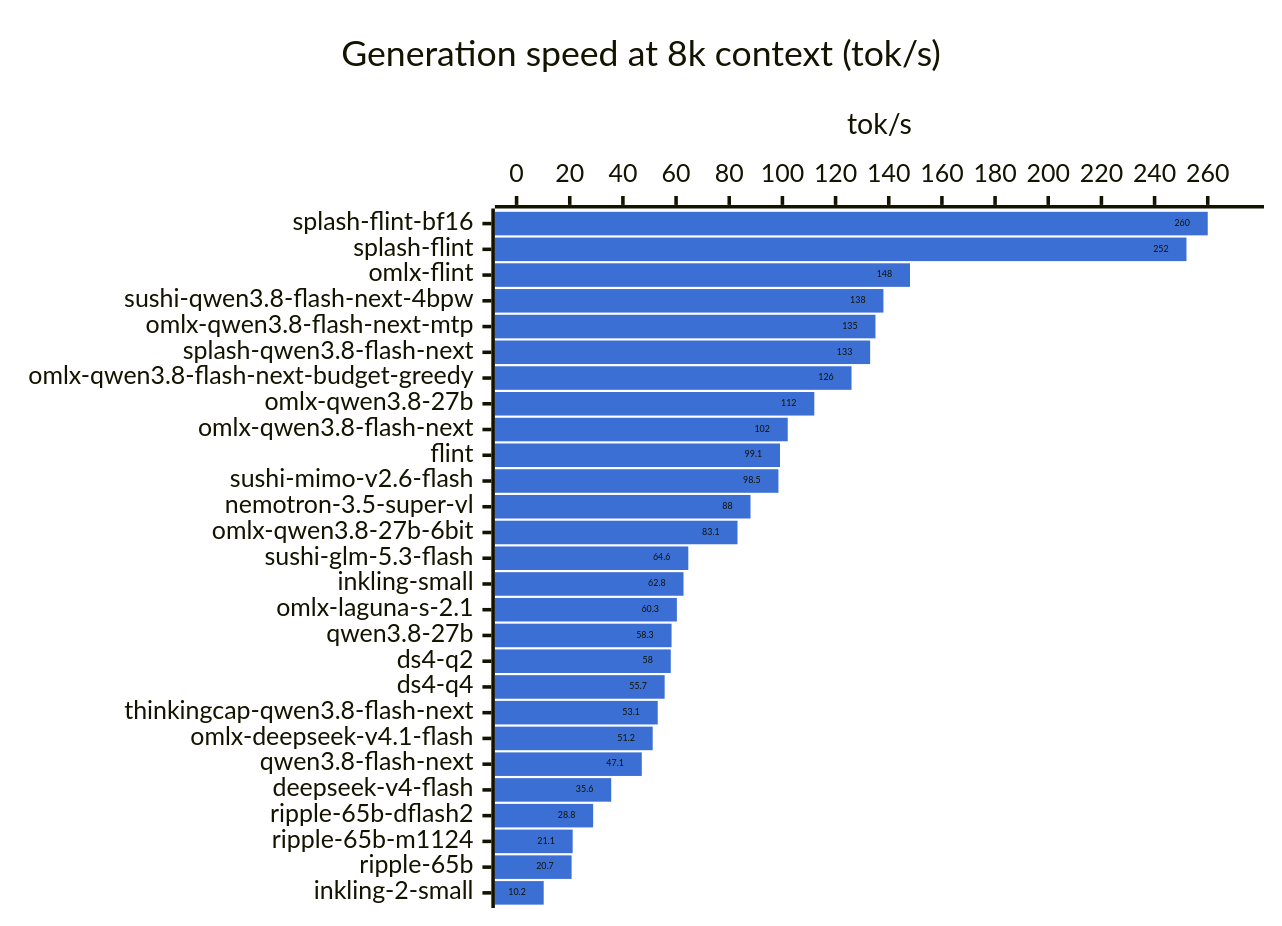
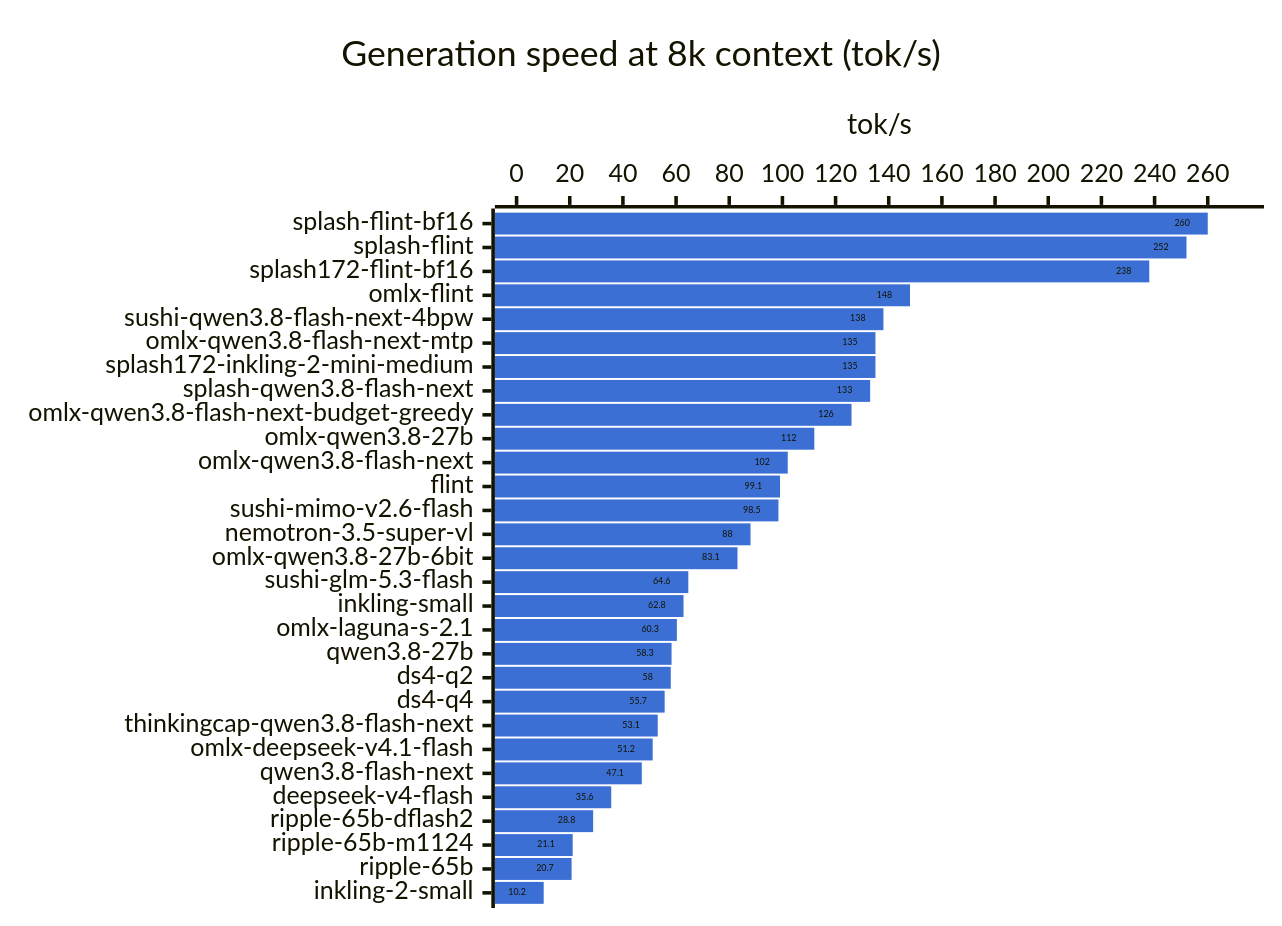
The second of 2 diagrams in RESULTS-mac.md (hofftodd/ai-bench), drawn with Mermaid before and after one commit. The commit also changed other lines of this file and 17 other files, not shown here.

First line of the commit message:
Inkling 2 Mini on Strata and Splash 1.7.2, Strata 0.1.67 recheck

````diff
--- a/RESULTS-mac.md
+++ b/RESULTS-mac.md
@@ -84,8 +86,8 @@
 ```mermaid
 %%{init: {"xyChart": {"showDataLabel": true}, "themeVariables": {"xyChart": {"plotColorPalette": "#3b6fd4"}}}}%%
 xychart-beta horizontal
     title "Generation speed at 8k context (tok/s)"
-    x-axis ["splash-flint-bf16", "splash-flint", "omlx-flint", "sushi-qwen3.8-flash-next-4bpw", "omlx-qwen3.8-flash-next-mtp", "splash-qwen3.8-flash-next", "omlx-qwen3.8-flash-next-budget-greedy", "omlx-qwen3.8-27b", "omlx-qwen3.8-flash-next", "flint", "sushi-mimo-v2.6-flash", "nemotron-3.5-super-vl", "omlx-qwen3.8-27b-6bit", "sushi-glm-5.3-flash", "inkling-small", "omlx-laguna-s-2.1", "qwen3.8-27b", "ds4-q2", "ds4-q4", "thinkingcap-qwen3.8-flash-next", "omlx-deepseek-v4.1-flash", "qwen3.8-flash-next", "deepseek-v4-flash", "ripple-65b-dflash2", "ripple-65b-m1124", "ripple-65b", "inkling-2-small"]
+    x-axis ["splash-flint-bf16", "splash-flint", "splash172-flint-bf16", "omlx-flint", "sushi-qwen3.8-flash-next-4bpw", "omlx-qwen3.8-flash-next-mtp", "splash172-inkling-2-mini-medium", "splash-qwen3.8-flash-next", "omlx-qwen3.8-flash-next-budget-greedy", "omlx-qwen3.8-27b", "omlx-qwen3.8-flash-next", "flint", "sushi-mimo-v2.6-flash", "nemotron-3.5-super-vl", "omlx-qwen3.8-27b-6bit", "sushi-glm-5.3-flash", "inkling-small", "omlx-laguna-s-2.1", "qwen3.8-27b", "ds4-q2", "ds4-q4", "thinkingcap-qwen3.8-flash-next", "omlx-deepseek-v4.1-flash", "qwen3.8-flash-next", "deepseek-v4-flash", "ripple-65b-dflash2", "ripple-65b-m1124", "ripple-65b", "inkling-2-small"]
     y-axis "tok/s" 0 --> 273
-    bar [260.0, 252.0, 148.0, 138.0, 135.0, 133.0, 126.0, 112.0, 102.0, 99.1, 98.5, 88.0, 83.1, 64.6, 62.8, 60.3, 58.3, 58.0, 55.7, 53.1, 51.2, 47.1, 35.6, 28.8, 21.1, 20.7, 10.2]
+    bar [260.0, 252.0, 238.0, 148.0, 138.0, 135.0, 135.0, 133.0, 126.0, 112.0, 102.0, 99.1, 98.5, 88.0, 83.1, 64.6, 62.8, 60.3, 58.3, 58.0, 55.7, 53.1, 51.2, 47.1, 35.6, 28.8, 21.1, 20.7, 10.2]
 ```
````
